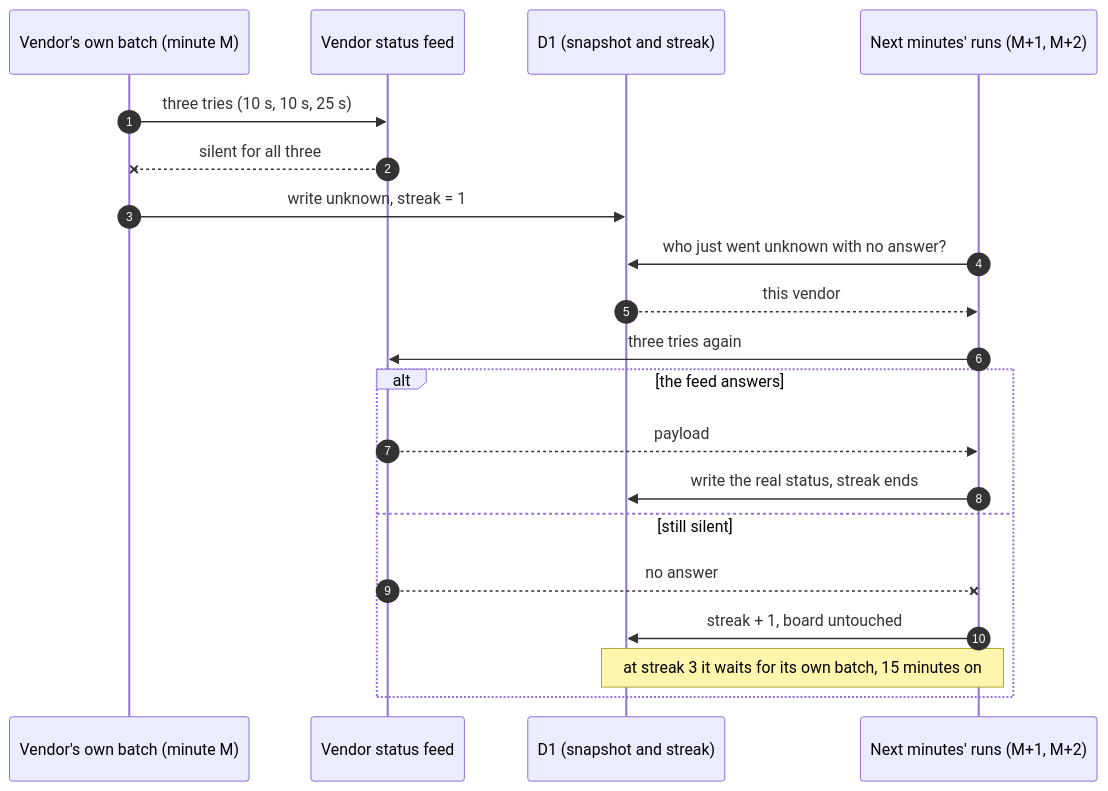
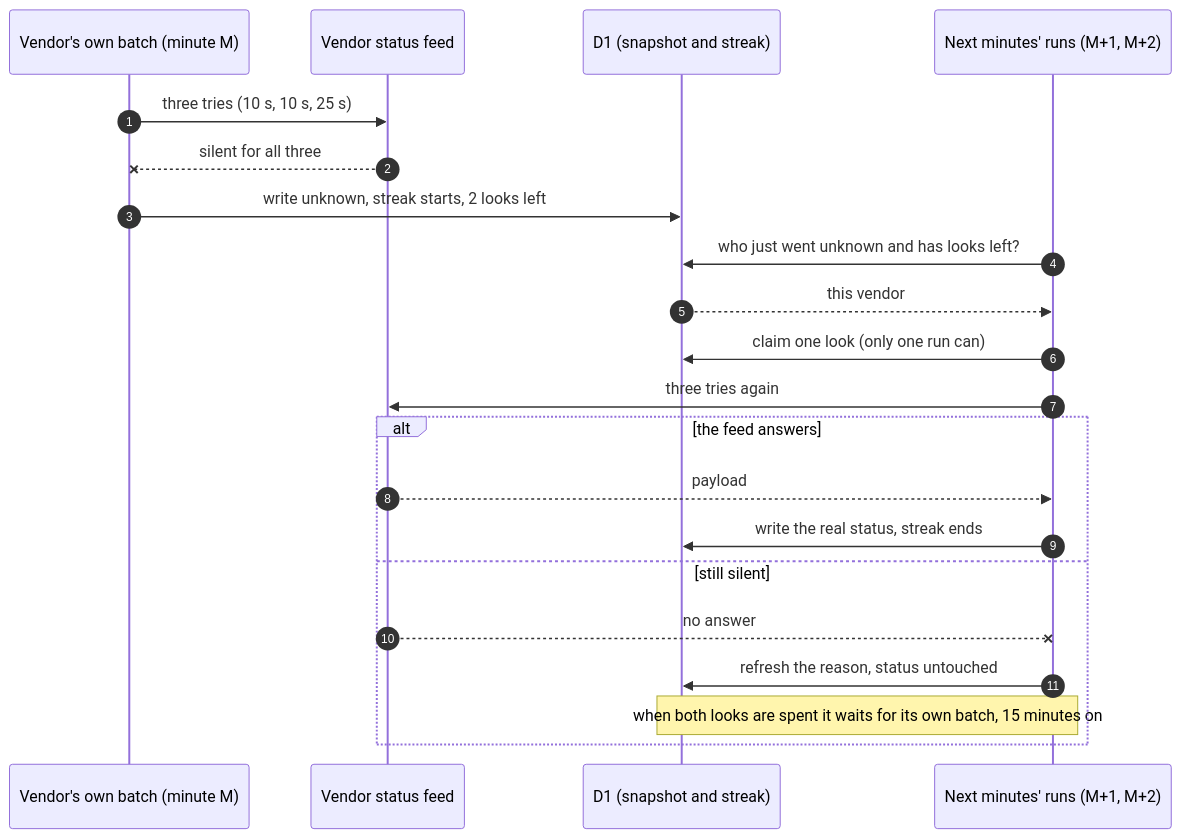
One commit to bjgreenberg/vendor-dashboard changed the third of 4 diagrams in README.md. Above: the diagram before and after it, drawn with Mermaid. The commit also changed other lines of this file and 9 other files, not shown here.

First line of the commit message:
fix(worker): claim a re-check before spending it; count looks in their own column

````diff
--- a/README.md
+++ b/README.md
@@ -192,23 +192,24 @@
 ```mermaid
 sequenceDiagram
     autonumber
     participant B as Vendor's own batch (minute M)
     participant V as Vendor status feed
     participant D as D1 (snapshot and streak)
     participant N as Next minutes' runs (M+1, M+2)
 
     B->>V: three tries (10 s, 10 s, 25 s)
     V--xB: silent for all three
-    B->>D: write unknown, streak = 1
-    N->>D: who just went unknown with no answer?
+    B->>D: write unknown, streak starts, 2 looks left
+    N->>D: who just went unknown and has looks left?
     D-->>N: this vendor
+    N->>D: claim one look (only one run can)
     N->>V: three tries again
     alt the feed answers
         V-->>N: payload
         N->>D: write the real status, streak ends
     else still silent
         V--xN: no answer
-        N->>D: streak + 1, board untouched
-        Note over N,D: at streak 3 it waits for its own batch, 15 minutes on
+        N->>D: refresh the reason, status untouched
+        Note over N,D: when both looks are spent it waits for its own batch, 15 minutes on
     end
 ```
````
